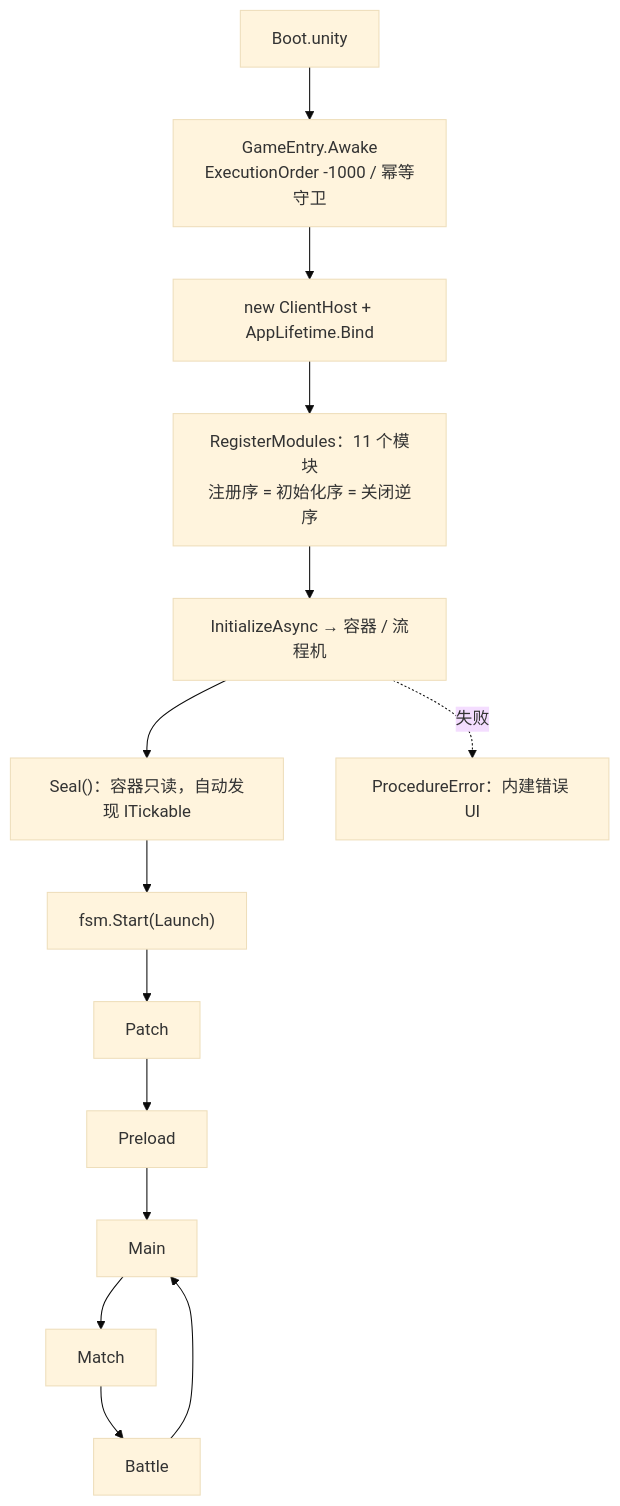
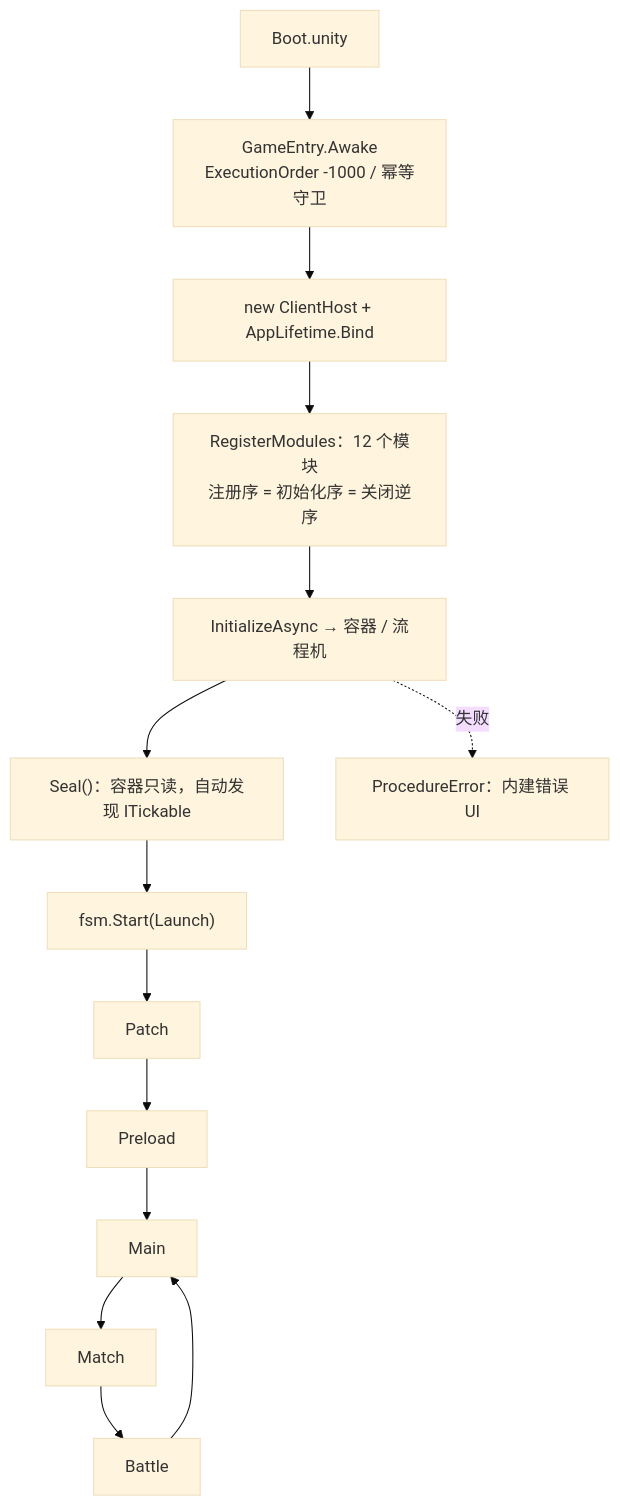
One commit to highhunter777/LiteFrameWork changed the second of 3 diagrams in Docs/技术总结/02-总体架构与程序集分层.md. Above: the diagram before and after it, drawn with Mermaid (base theme). The commit also changed other lines of this file and 167 other files, not shown here.

````diff
--- a/Docs/技术总结/02-总体架构与程序集分层.md
+++ b/Docs/技术总结/02-总体架构与程序集分层.md
@@ -124,12 +124,12 @@
 ```mermaid
 flowchart TD
     BOOT["Boot.unity"] --> GE["GameEntry.Awake<br/>ExecutionOrder -1000 / 幂等守卫"]
     GE --> HOST["new ClientHost + AppLifetime.Bind"]
-    HOST --> MOD["RegisterModules：11 个模块<br/>注册序 = 初始化序 = 关闭逆序"]
+    HOST --> MOD["RegisterModules：12 个模块<br/>注册序 = 初始化序 = 关闭逆序"]
     MOD --> INIT["InitializeAsync → 容器 / 流程机"]
     INIT --> SEAL["Seal()：容器只读，自动发现 ITickable"]
     SEAL --> START["fsm.Start(Launch)"]
     START --> PATCH["Patch"] --> PRE["Preload"] --> MAIN["Main"]
     MAIN --> MATCH["Match"] --> BATTLE["Battle"] --> MAIN
     INIT -.失败.-> ERR["ProcedureError：内建错误 UI"]
 ```
````
